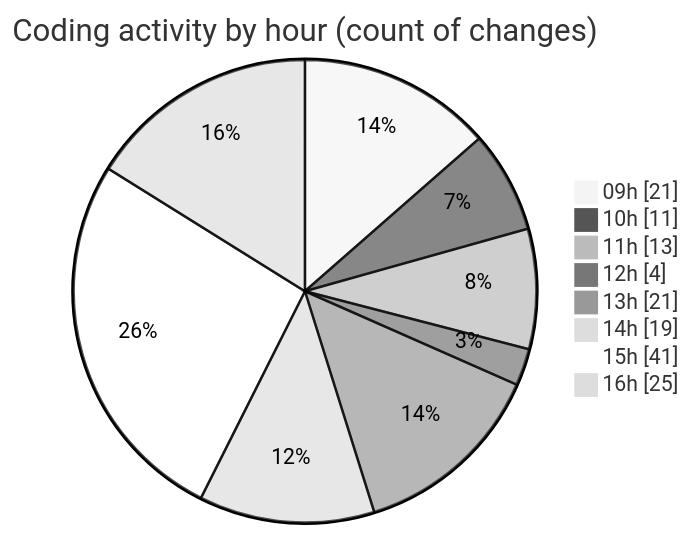
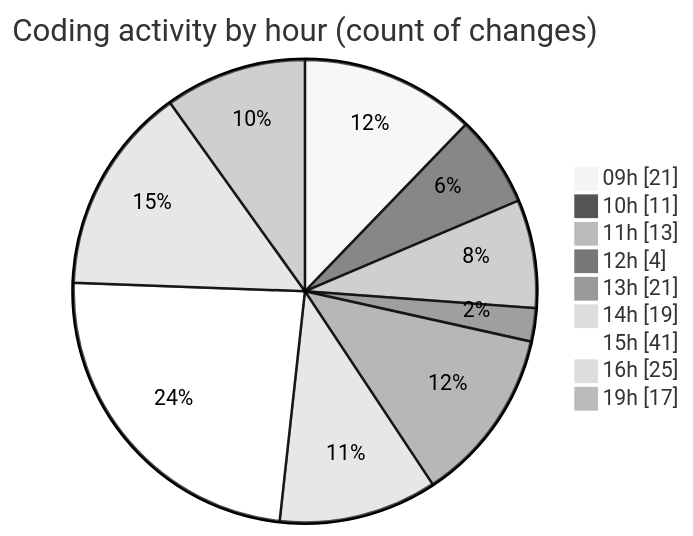
One commit to momahboobian/code-tracking changed the second of 2 diagrams in 2026-06-01/cda/README.md. Above: the diagram before and after it, drawn with Mermaid (neutral theme). The commit also changed other lines of this file and 1 other file, not shown here.

````diff
--- a/2026-06-01/cda/README.md
+++ b/2026-06-01/cda/README.md
@@ -88,12 +91,13 @@
 ```mermaid
 pie showData
 title Coding activity by hour (count of changes)
 "09h" : 21
 "10h" : 11
 "11h" : 13
 "12h" : 4
 "13h" : 21
 "14h" : 19
 "15h" : 41
 "16h" : 25
+"19h" : 17
 ```
````
